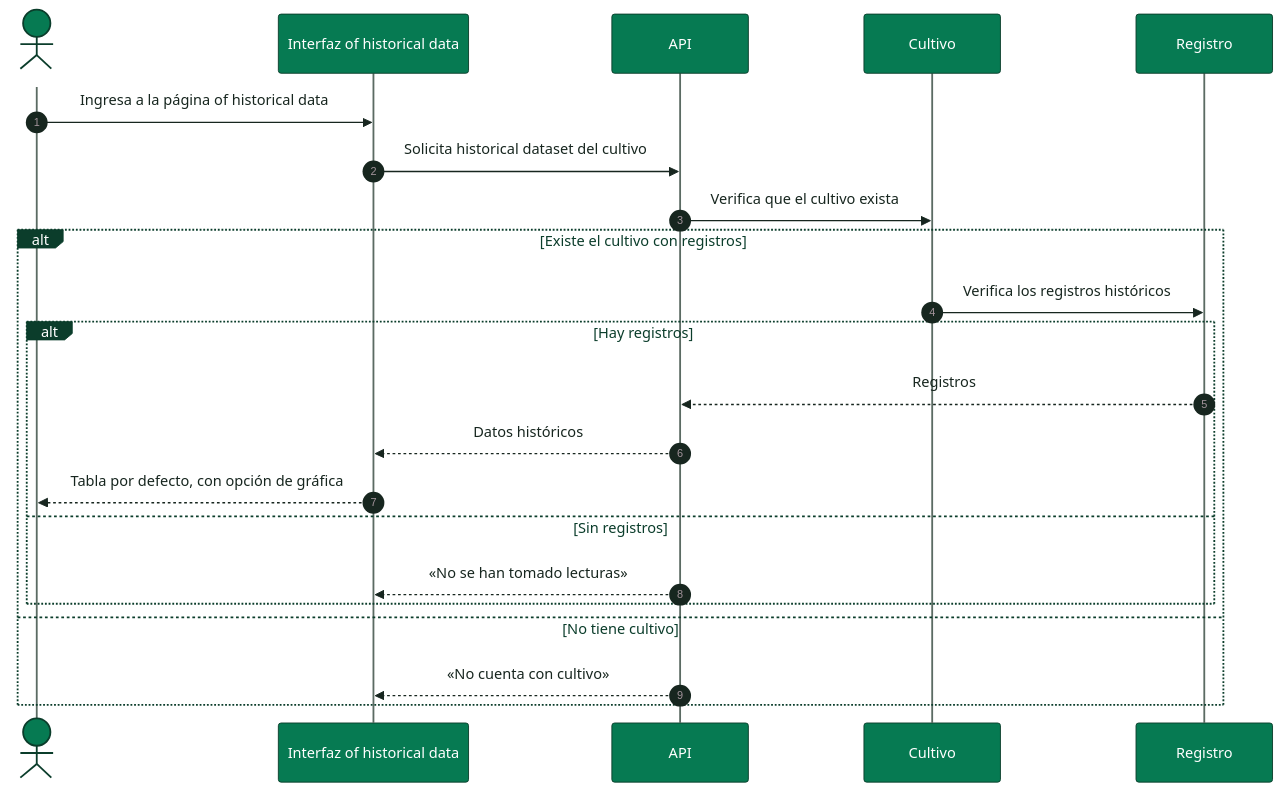
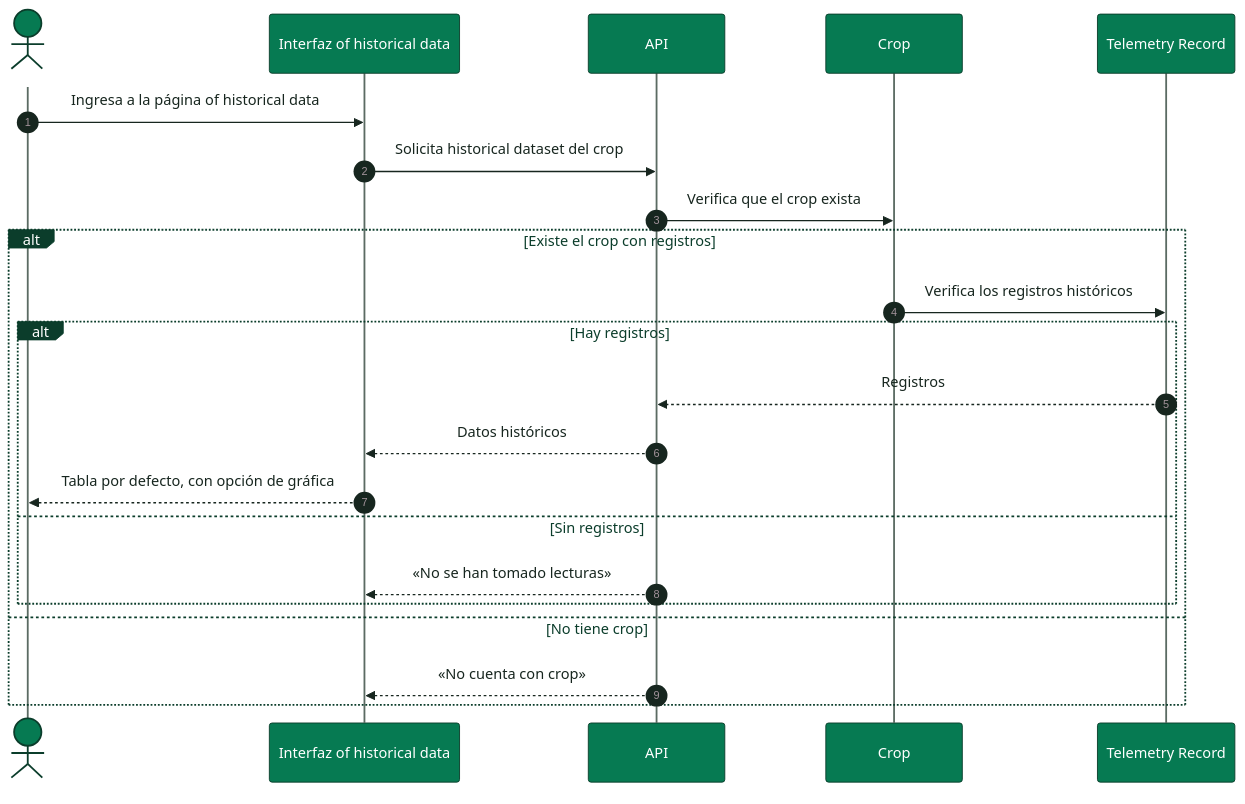
Before and after one commit to SmartPotTech/.github: the diagram in docs/diagrams/SmartPot_30_Original_History_Sequence.mmd, drawn with Mermaid. The commit also changed 78 other files, not shown here.

Commit message:
docs(architecture): update and standardize architecture diagrams via archify [skip deploy] #no-deploy

```diff
--- a/docs/diagrams/SmartPot_30_Original_History_Sequence.mmd
+++ b/docs/diagrams/SmartPot_30_Original_History_Sequence.mmd
@@ -1,23 +1,23 @@
 %%{init: {"theme": "base", "fontFamily": "Segoe UI, Arial, sans-serif", "themeVariables": {"fontFamily": "Segoe UI, Arial, sans-serif", "fontSize": "15px", "primaryColor": "#DDF5EA", "primaryTextColor": "#17261F", "primaryBorderColor": "#067A52", "secondaryColor": "#E3F2FB", "secondaryTextColor": "#17261F", "secondaryBorderColor": "#1F6FA0", "tertiaryColor": "#F2F7F4", "tertiaryTextColor": "#17261F", "tertiaryBorderColor": "#D5E3DC", "lineColor": "#5B6B63", "textColor": "#17261F", "mainBkg": "#DDF5EA", "nodeBorder": "#067A52", "clusterBkg": "#F7FAF8", "clusterBorder": "#D5E3DC", "edgeLabelBackground": "#FFFFFF", "actorBkg": "#067A52", "actorBorder": "#0B3D2B", "actorTextColor": "#FFFFFF", "actorLineColor": "#5B6B63", "signalColor": "#17261F", "signalTextColor": "#17261F", "labelBoxBkgColor": "#0B3D2B", "labelBoxBorderColor": "#0B3D2B", "labelTextColor": "#FFFFFF", "loopTextColor": "#0B3D2B", "noteBkgColor": "#FDF4DD", "noteBorderColor": "#C98D12", "noteTextColor": "#17261F", "activationBkgColor": "#DDF5EA", "activationBorderColor": "#067A52", "attributeBackgroundColorOdd": "#FFFFFF", "attributeBackgroundColorEven": "#F2F7F4"}}}%%
 sequenceDiagram
   autonumber
-  actor U as Usuario
+  actor U as User
   participant I as Interfaz of historical data
   participant A as API
-  participant C as Cultivo
-  participant R as Registro
+  participant C as Crop
+  participant R as Telemetry Record
   U->>I: Ingresa a la página of historical data
-  I->>A: Solicita historical dataset del cultivo
-  A->>C: Verifica que el cultivo exista
-  alt Existe el cultivo con registros
+  I->>A: Solicita historical dataset del crop
+  A->>C: Verifica que el crop exista
+  alt Existe el crop con registros
     C->>R: Verifica los registros históricos
     alt Hay registros
       R-->>A: Registros
       A-->>I: Datos históricos
       I-->>U: Tabla por defecto, con opción de gráfica
     else Sin registros
       A-->>I: «No se han tomado lecturas»
     end
-  else No tiene cultivo
-    A-->>I: «No cuenta con cultivo»
+  else No tiene crop
+    A-->>I: «No cuenta con crop»
   end
```
